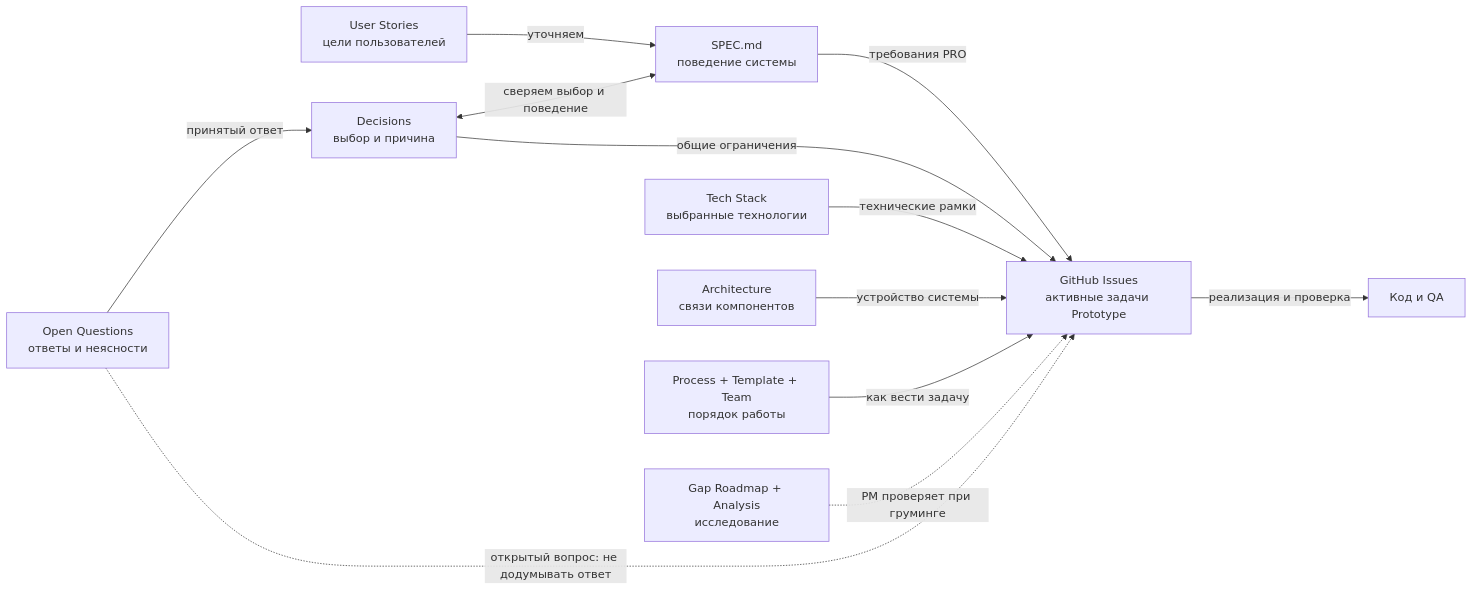
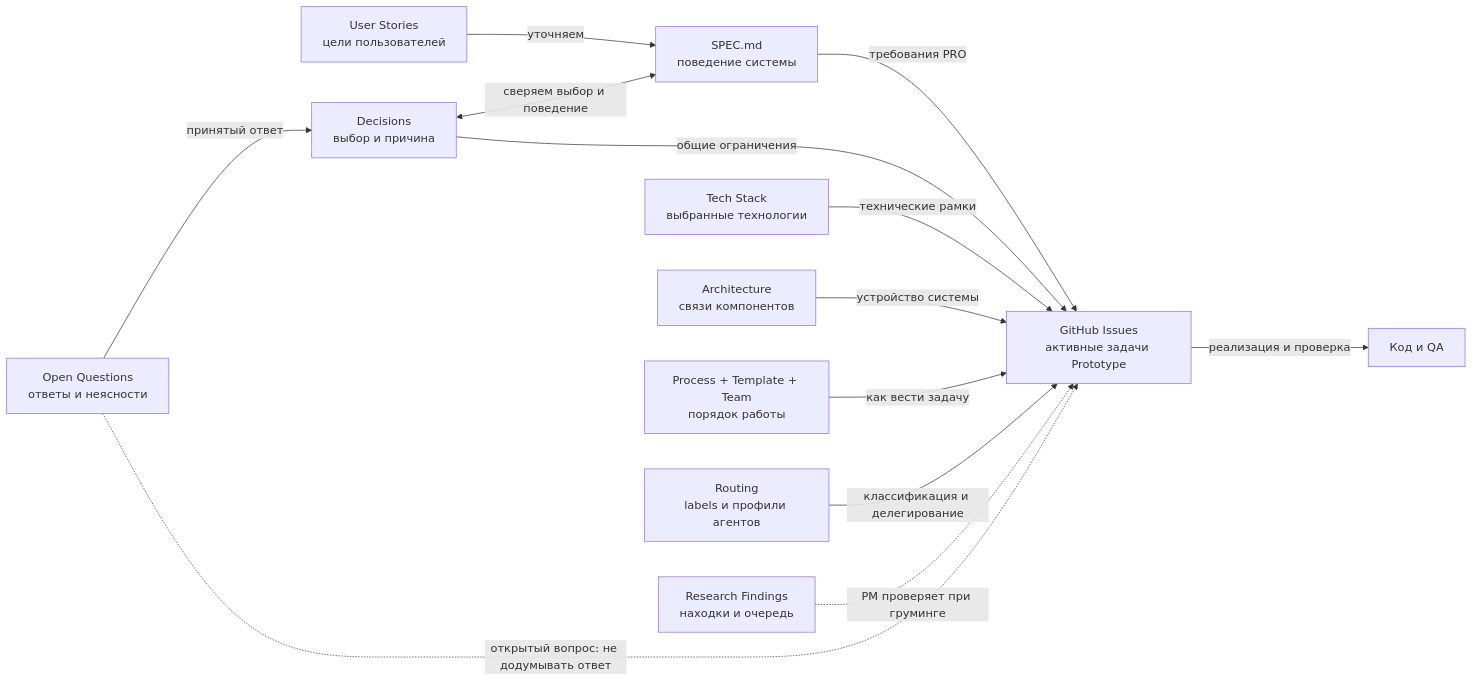
Before and after one commit to tryproxy/tg-super-backend: the diagram in _docs/README.md, drawn with Mermaid. The commit also changed other lines of this file and 18 other files, not shown here.

Commit message:
refactor(docs): restructure research findings and routing labels

````diff
--- a/_docs/README.md
+++ b/_docs/README.md
@@ -7,14 +7,15 @@
 ```mermaid
 flowchart LR
     US["User Stories<br/>цели пользователей"] -->|уточняем| SPEC["SPEC.md<br/>поведение системы"]
     OQ["Open Questions<br/>ответы и неясности"] -->|принятый ответ| DEC["Decisions<br/>выбор и причина"]
     DEC <-->|сверяем выбор и поведение| SPEC
     SPEC -->|требования PRO| ISS["GitHub Issues<br/>активные задачи Prototype"]
     DEC -->|общие ограничения| ISS
     STACK["Tech Stack<br/>выбранные технологии"] -->|технические рамки| ISS
     ARCH["Architecture<br/>связи компонентов"] -->|устройство системы| ISS
     PROCESS["Process + Template + Team<br/>порядок работы"] -->|как вести задачу| ISS
-    GAP["Gap Roadmap + Analysis<br/>исследование"] -.->|PM проверяет при груминге| ISS
+    ROUTING["Routing<br/>labels и профили агентов"] -->|классификация и делегирование| ISS
+    FINDINGS["Research Findings<br/>находки и очередь"] -.->|PM проверяет при груминге| ISS
     OQ -.->|открытый вопрос: не додумывать ответ| ISS
     ISS -->|реализация и проверка| CODE["Код и QA"]
 ```
````
